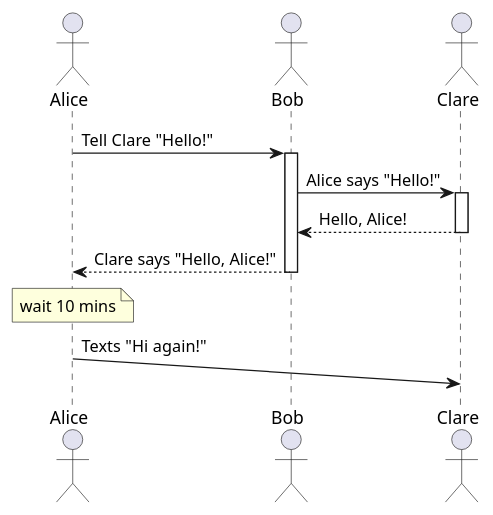
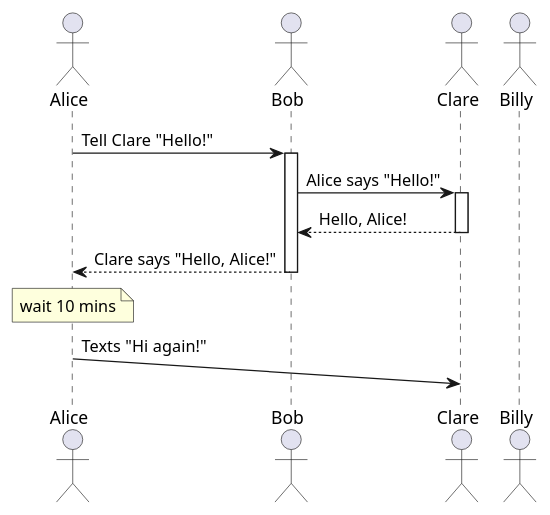
Before and after one commit to willwolfram18/my-preferences: the diagram in docs/.templates/view-template/view-template.md, drawn with PlantUML.

Commit message:
Billy's test

````diff
--- a/docs/.templates/view-template/view-template.md
+++ b/docs/.templates/view-template/view-template.md
@@ -13,23 +13,24 @@
 ```plantuml:template-primary-representation
 @startuml Example
 actor Alice
 actor Bob
 actor Clare
+actor Billy
 
 Alice -> Bob: Tell Clare "Hello!"
 
 activate Bob
 Bob -> Clare: Alice says "Hello!"
 
 activate Clare
 Clare --> Bob: Hello, Alice!
 deactivate Clare
 
 Bob --> Alice: Clare says "Hello, Alice!"
 deactivate Bob
 
 note over Alice: wait 10 mins
 
 Alice ->(20) Clare: Texts "Hi again!"
 @enduml
 ```
````
